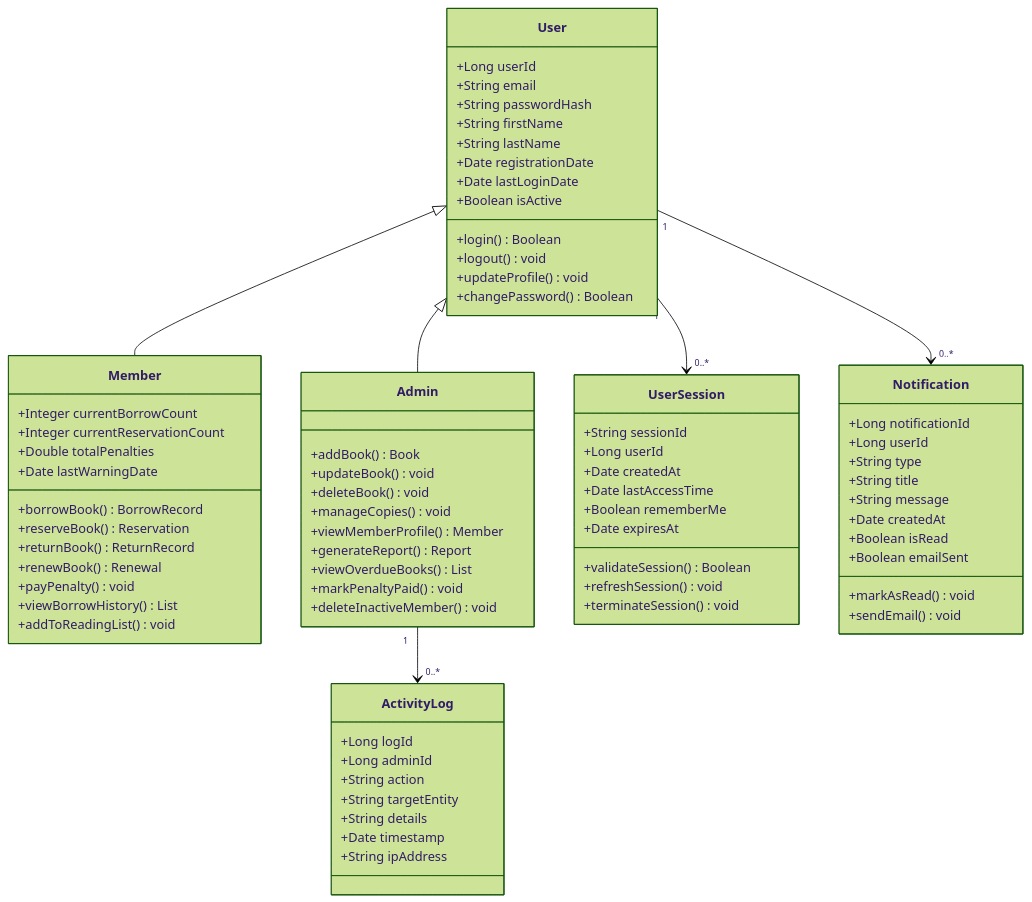
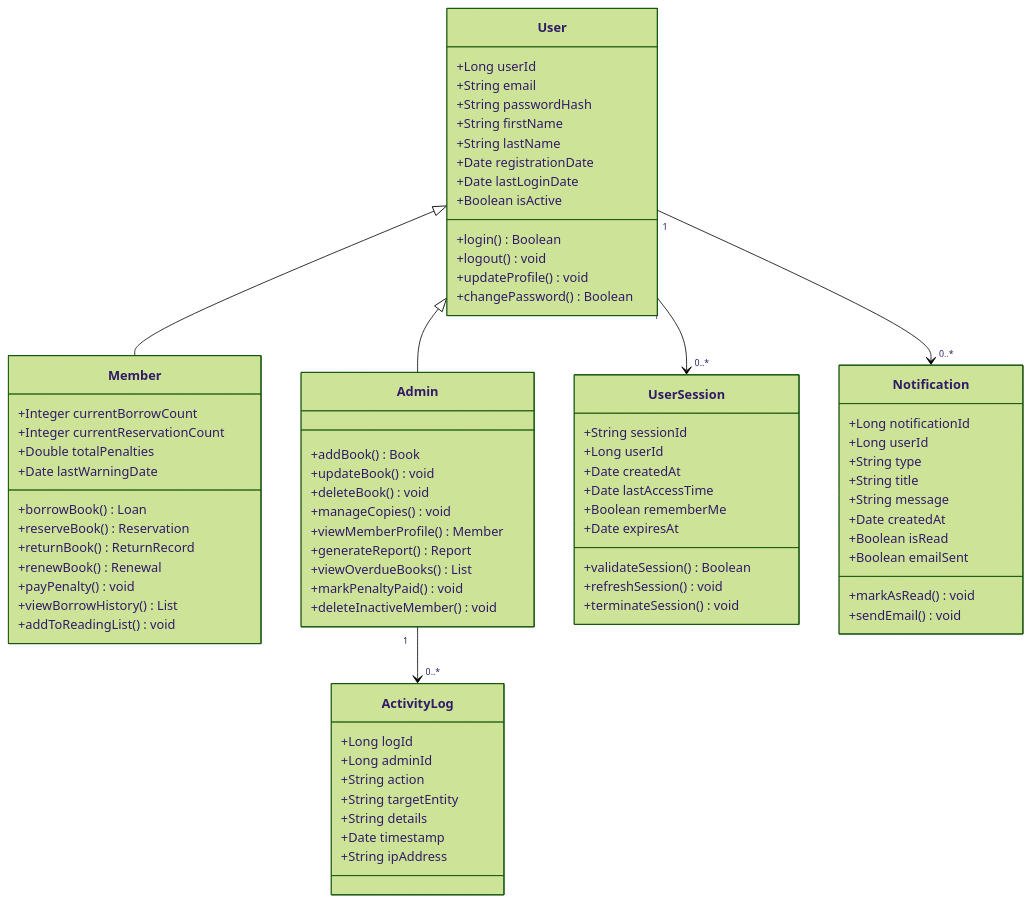
The first of 4 diagrams in uml-diagrams/ALL_DIAGRAMS_MASTER.mmd (cagricakmaktepe/davon-library-system), drawn with Mermaid (forest theme) before and after one commit. The commit also changed other lines of this file and 4 other files, not shown here.

Commit message:
docs(uml): rename BorrowRecord to Loan across diagrams and design doc for consistency

```diff
--- a/uml-diagrams/ALL_DIAGRAMS_MASTER.mmd
+++ b/uml-diagrams/ALL_DIAGRAMS_MASTER.mmd
@@ -24,7 +24,7 @@
         +Integer currentReservationCount
         +Double totalPenalties
         +Date lastWarningDate
-        +borrowBook() BorrowRecord
+        +borrowBook() Loan
         +reserveBook() Reservation
         +returnBook() ReturnRecord
         +renewBook() Renewal
```
